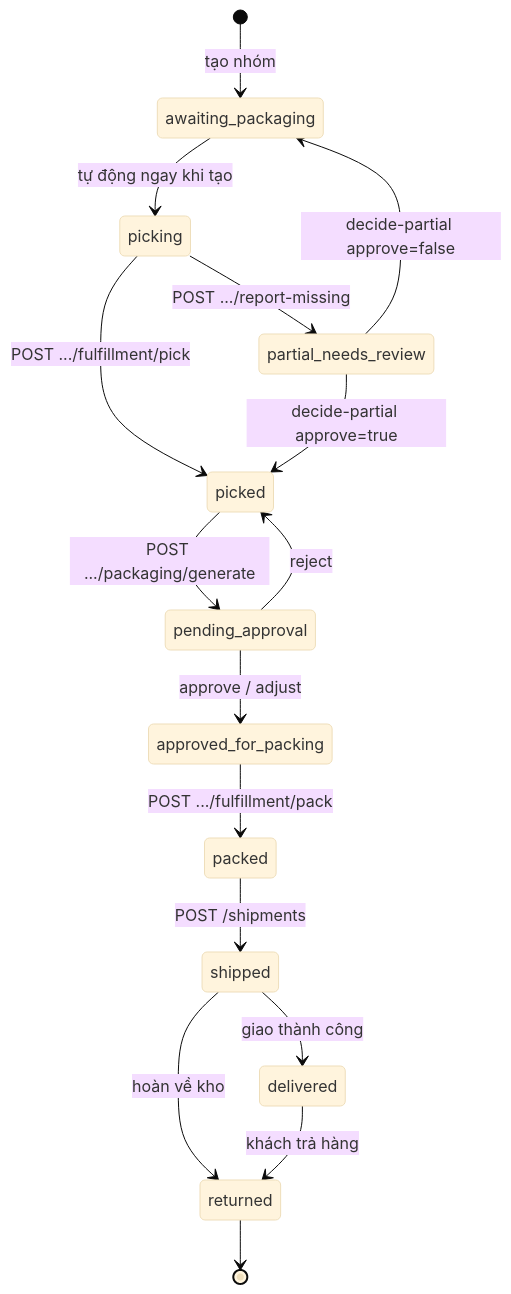
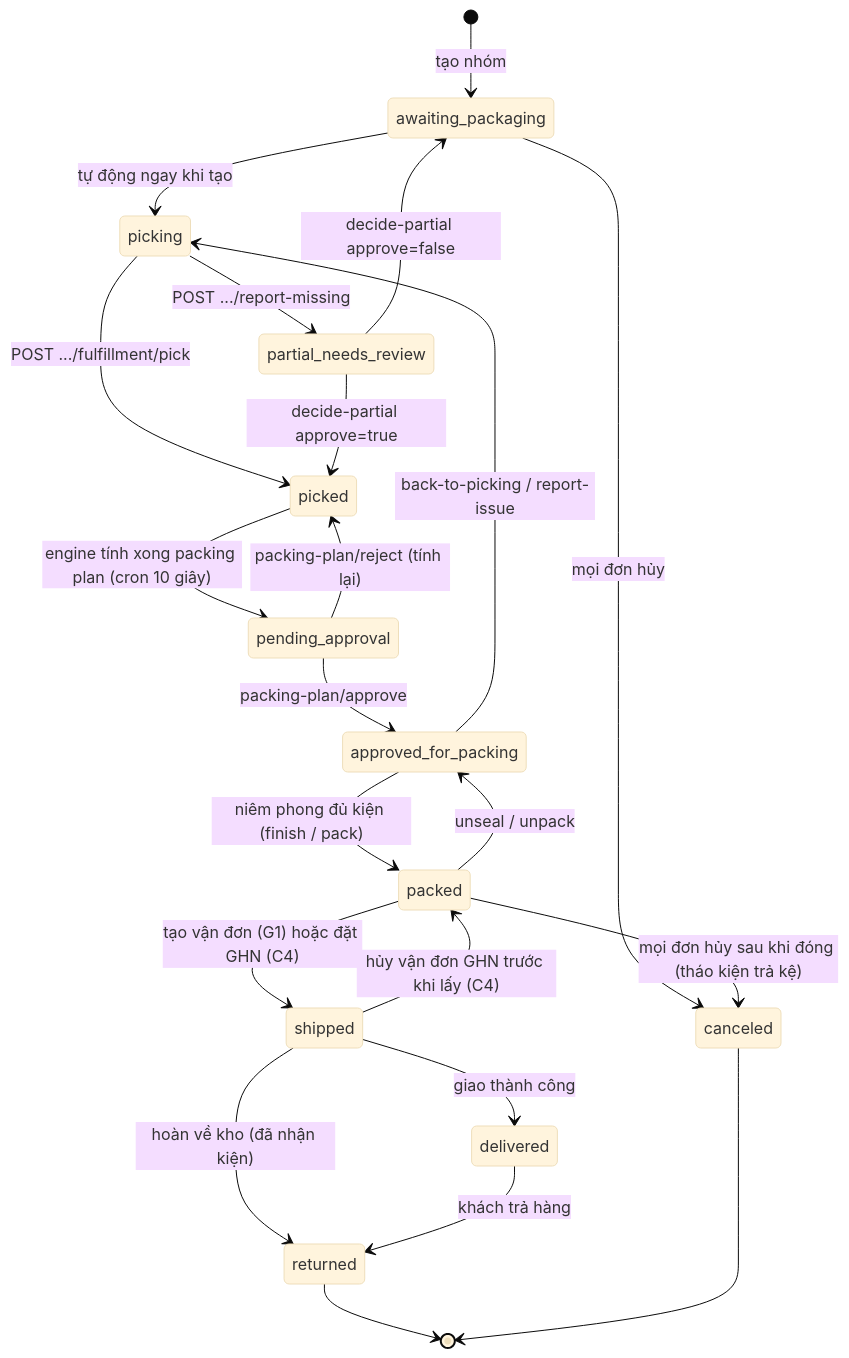
Before and after one commit to ThuaanNguyeen111/OptiPackAI: the fourth of 8 diagrams in GUIDE_DOC/BE_SPEC/06_LUONG_NGHIEP_VU.md, drawn with Mermaid (base theme). The commit also changed other lines of this file and 14 other files, not shown here.

Commit message:
docs(AOFP-81): regenerate be spec, erd and fe update checklist from current code

````diff
--- a/GUIDE_DOC/BE_SPEC/06_LUONG_NGHIEP_VU.md
+++ b/GUIDE_DOC/BE_SPEC/06_LUONG_NGHIEP_VU.md
@@ -117,18 +130,24 @@
 ```mermaid
 stateDiagram-v2
     [*] --> awaiting_packaging: tạo nhóm
     awaiting_packaging --> picking: tự động ngay khi tạo
     picking --> picked: POST .../fulfillment/pick
     picking --> partial_needs_review: POST .../report-missing
     partial_needs_review --> picked: decide-partial approve=true
     partial_needs_review --> awaiting_packaging: decide-partial approve=false
-    picked --> pending_approval: POST .../packaging/generate
-    pending_approval --> approved_for_packing: approve / adjust
-    pending_approval --> picked: reject
-    approved_for_packing --> packed: POST .../fulfillment/pack
-    packed --> shipped: POST /shipments
+    picked --> pending_approval: engine tính xong packing plan (cron 10 giây)
+    pending_approval --> approved_for_packing: packing-plan/approve
+    pending_approval --> picked: packing-plan/reject (tính lại)
+    approved_for_packing --> picking: back-to-picking / report-issue
+    approved_for_packing --> packed: niêm phong đủ kiện (finish / pack)
+    packed --> approved_for_packing: unseal / unpack
+    packed --> shipped: tạo vận đơn (G1) hoặc đặt GHN (C4)
+    shipped --> packed: hủy vận đơn GHN trước khi lấy (C4)
     shipped --> delivered: giao thành công
-    shipped --> returned: hoàn về kho
+    shipped --> returned: hoàn về kho (đã nhận kiện)
     delivered --> returned: khách trả hàng
+    awaiting_packaging --> canceled: mọi đơn hủy
+    packed --> canceled: mọi đơn hủy sau khi đóng (tháo kiện trả kệ)
     returned --> [*]
+    canceled --> [*]
 ```
````
